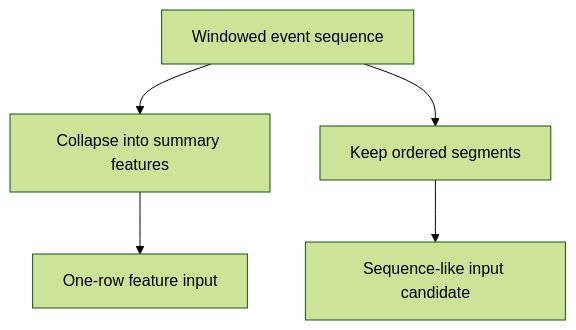
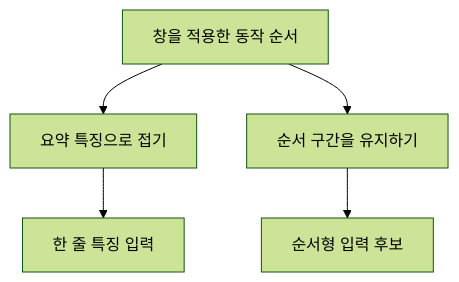
The diagram in docs/parts/part-03/chapter-05/section-04.md (devchan64/AiBook), drawn with Mermaid (forest theme) before and after one commit. The commit also changed 45 other files, not shown here.

Commit message:
docs: localize part 3 mermaid diagrams

````diff
--- a/docs/parts/part-03/chapter-05/section-04.md
+++ b/docs/parts/part-03/chapter-05/section-04.md
@@ -90,8 +90,7 @@
 ```mermaid
 flowchart TD
-    A[Windowed event sequence]
-    A --> B[Collapse into summary features]
-    A --> C[Keep ordered segments]
-    B --> D[One-row feature input]
-    C --> E[Sequence-like input candidate]
+    A[창을 적용한 동작 순서] --> B[요약 특징으로 접기]
+    A --> C[순서 구간을 유지하기]
+    B --> D[한 줄 특징 입력]
+    C --> E[순서형 입력 후보]
 ```
````
